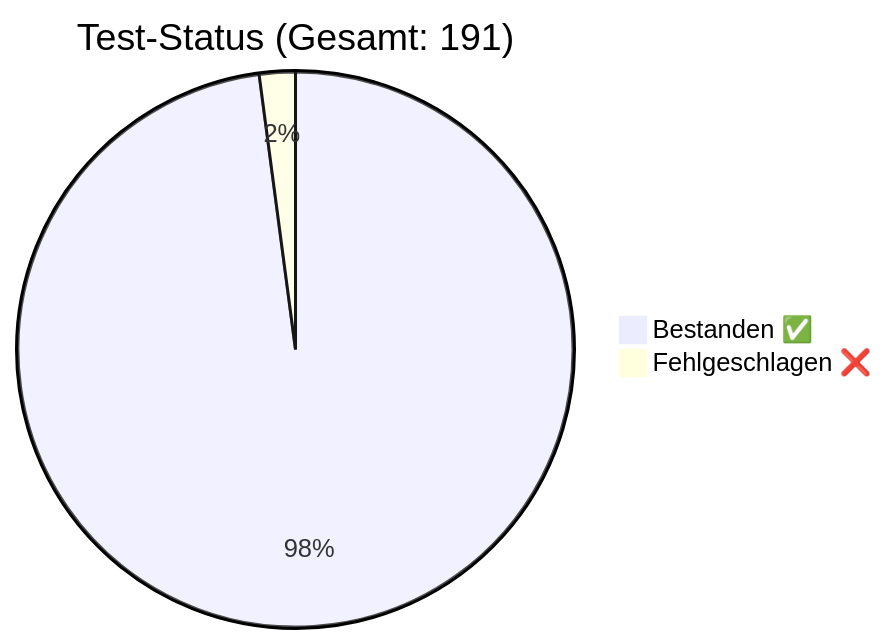
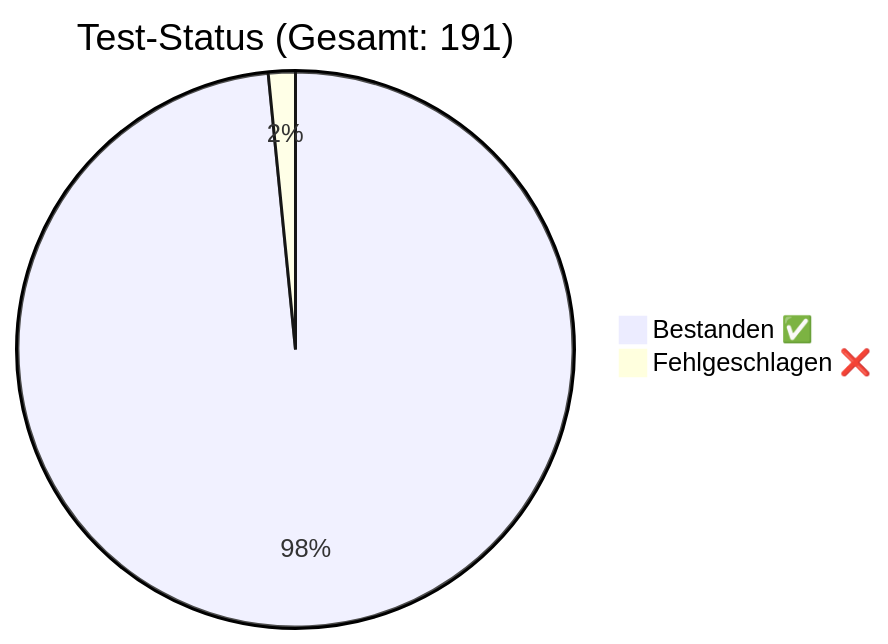
Before and after one commit to rorila/GCS: the diagram in docs/QA_Report.md, drawn with Mermaid. The commit also changed other lines of this file and 7 other files, not shown here.

````diff
--- a/docs/QA_Report.md
+++ b/docs/QA_Report.md
@@ -7,5 +7,5 @@
 ```mermaid
 pie title Test-Status (Gesamt: 191)
-    "Bestanden ✅" : 187
-    "Fehlgeschlagen ❌" : 4
+    "Bestanden ✅" : 188
+    "Fehlgeschlagen ❌" : 3
 ```
````
